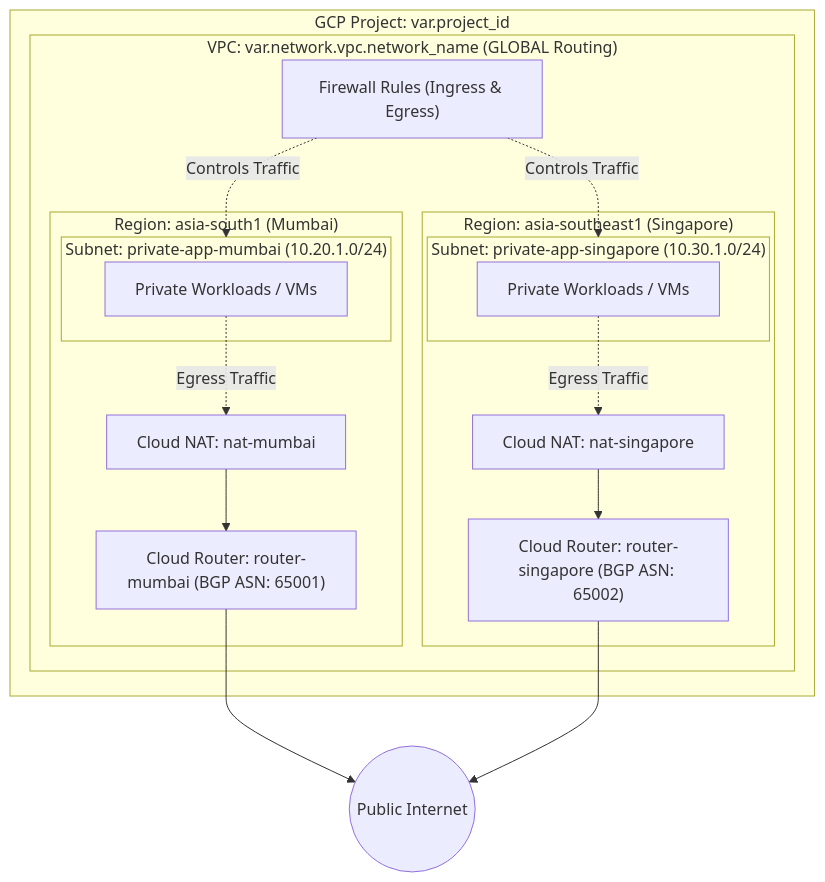
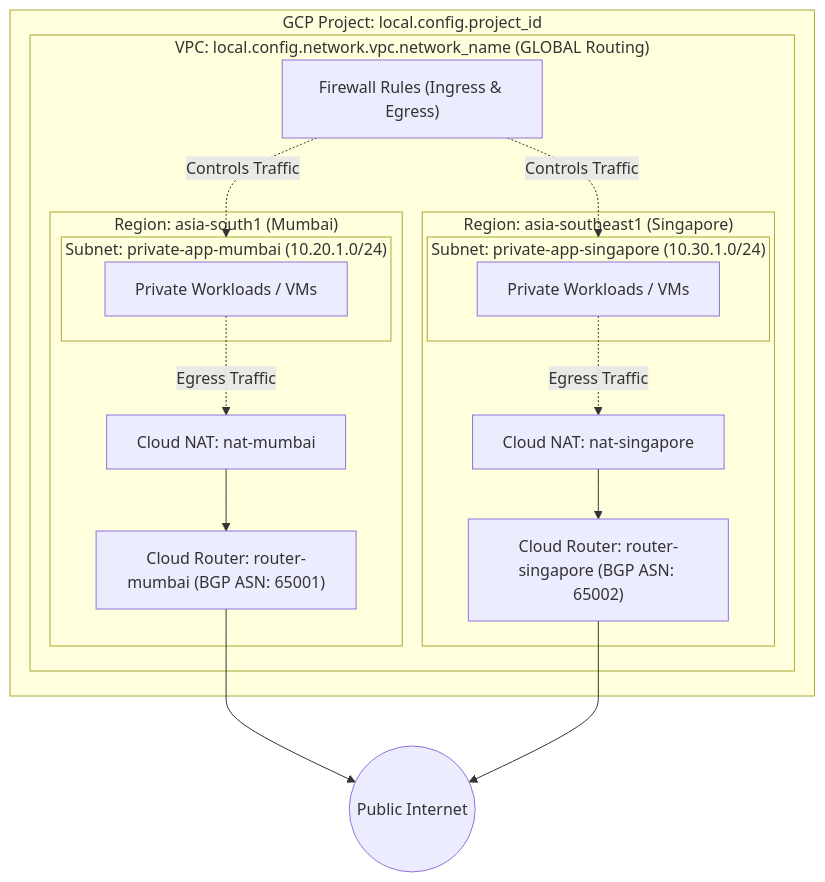
The second of 2 diagrams in 1-network-infrastructure/README.md (yuva-cloud-devops/gcp-platform-foundation-terraform), drawn with Mermaid before and after one commit. The commit also changed other lines of this file and 21 other files, not shown here.

````diff
--- a/1-network-infrastructure/README.md
+++ b/1-network-infrastructure/README.md
@@ -49,38 +77,38 @@
 ```mermaid
 graph TD
     Internet((Public Internet))
 
-    subgraph GCP_Project["GCP Project: var.project_id"]
-        subgraph VPC["VPC: var.network.vpc.network_name (GLOBAL Routing)"]
+    subgraph GCP_Project["GCP Project: local.config.project_id"]
+        subgraph VPC["VPC: local.config.network.vpc.network_name (GLOBAL Routing)"]
             
             subgraph Region1["Region: asia-south1 (Mumbai)"]
                 subgraph SubnetMumbai["Subnet: private-app-mumbai (10.20.1.0/24)"]
                     VMMumbai["Private Workloads / VMs"]
                 end
                 CR_Mumbai["Cloud Router: router-mumbai (BGP ASN: 65001)"]
                 NAT_Mumbai["Cloud NAT: nat-mumbai"]
             end
 
             subgraph Region2["Region: asia-southeast1 (Singapore)"]
                 subgraph SubnetSG["Subnet: private-app-singapore (10.30.1.0/24)"]
                     VMSG["Private Workloads / VMs"]
                 end
                 CR_SG["Cloud Router: router-singapore (BGP ASN: 65002)"]
                 NAT_SG["Cloud NAT: nat-singapore"]
             end
 
             FW["Firewall Rules (Ingress & Egress)"]
         end
     end
 
     VMMumbai -. Egress Traffic .-> NAT_Mumbai
     NAT_Mumbai --> CR_Mumbai
     CR_Mumbai --> Internet
 
     VMSG -. Egress Traffic .-> NAT_SG
     NAT_SG --> CR_SG
     CR_SG --> Internet
 
     FW -. Controls Traffic .-> SubnetMumbai
     FW -. Controls Traffic .-> SubnetSG
 ```
````
